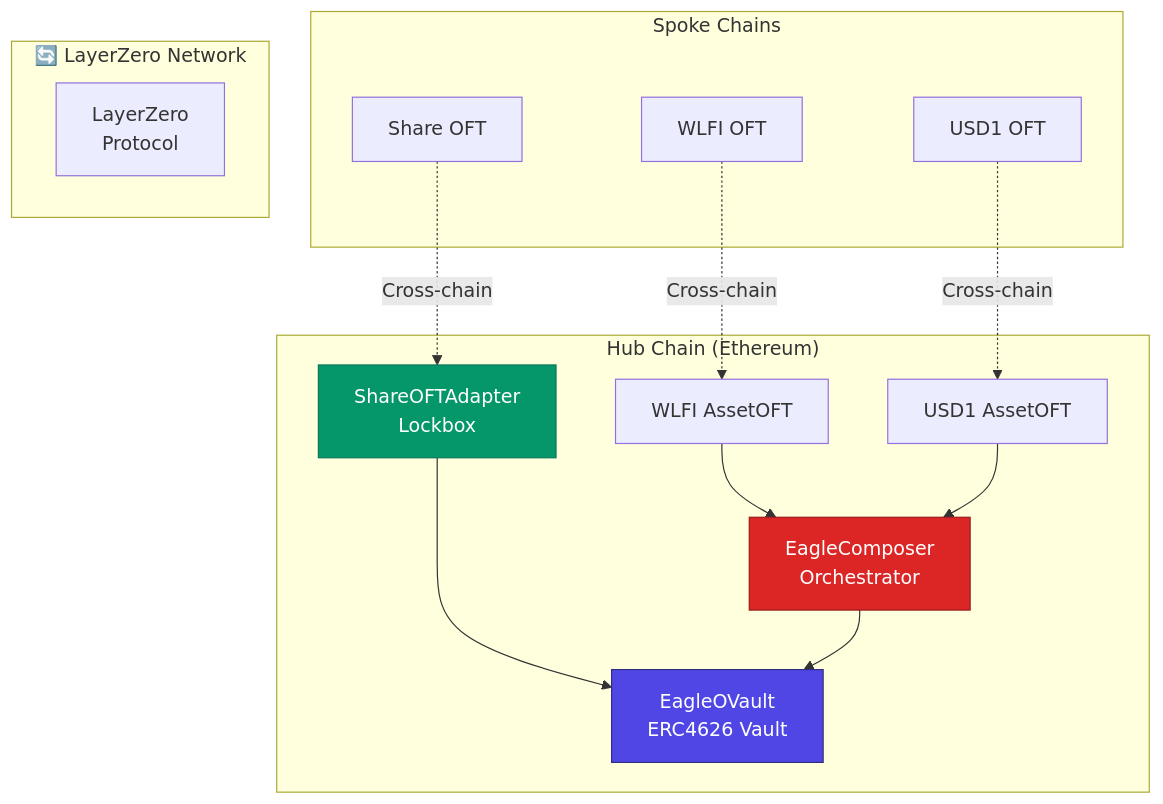
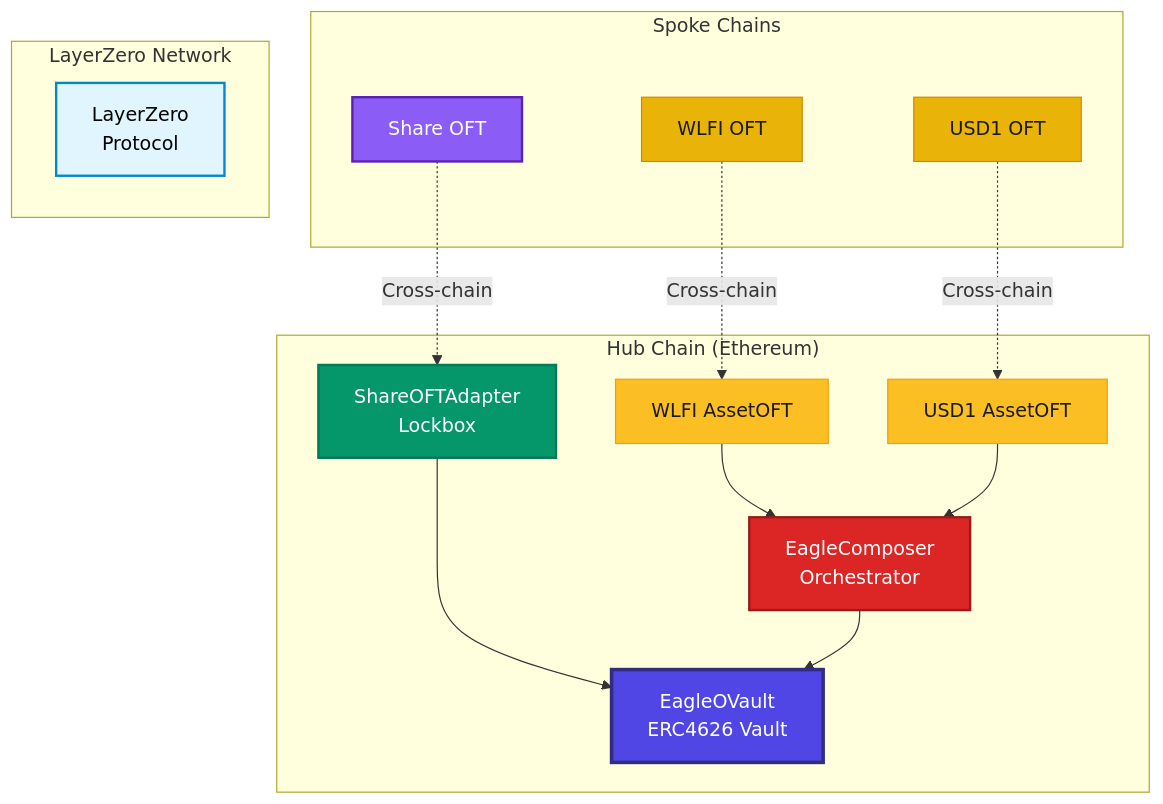
The diagram in docs/dev/overview.md (47-Eagle/docs), drawn with Mermaid before and after one commit. The commit also changed other lines of this file and 222 other files, not shown here.

````diff
--- a/docs/dev/overview.md
+++ b/docs/dev/overview.md
@@ -26,33 +26,39 @@
 ```mermaid
 graph TB
     subgraph "Hub Chain (Ethereum)"
         EV[EagleOVault<br/>ERC4626 Vault]
         SA[ShareOFTAdapter<br/>Lockbox]
         EC[EagleComposer<br/>Orchestrator]
         WA[WLFI AssetOFT]
         UA[USD1 AssetOFT]
     end
     
     subgraph "Spoke Chains"
         SO[Share OFT]
         WO[WLFI OFT]
         UO[USD1 OFT]
     end
     
-    subgraph "🔄 LayerZero Network"
+    subgraph " LayerZero Network"
         LZ[LayerZero<br/>Protocol]
     end
     
     SO -.->|Cross-chain| SA
     WO -.->|Cross-chain| WA
     UO -.->|Cross-chain| UA
     
     SA --> EV
     EC --> EV
     WA --> EC
     UA --> EC
     
-    style EV fill:#4f46e5,stroke:#312e81,color:#fff
-    style SA fill:#059669,stroke:#047857,color:#fff
-    style EC fill:#dc2626,stroke:#991b1b,color:#fff
+    style EV fill:#4f46e5,stroke:#312e81,stroke-width:3px,color:#fff
+    style SA fill:#059669,stroke:#047857,stroke-width:2px,color:#fff
+    style EC fill:#dc2626,stroke:#991b1b,stroke-width:2px,color:#fff
+    style SO fill:#8b5cf6,stroke:#5b21b6,stroke-width:2px,color:#fff
+    style WO fill:#eab308,stroke:#ca8a04,color:#1a1a1a
+    style UO fill:#eab308,stroke:#ca8a04,color:#1a1a1a
+    style WA fill:#fbbf24,stroke:#f59e0b,color:#1a1a1a
+    style UA fill:#fbbf24,stroke:#f59e0b,color:#1a1a1a
+    style LZ fill:#e1f5fe,stroke:#0288d1,stroke-width:2px,color:#000
 ```
````
